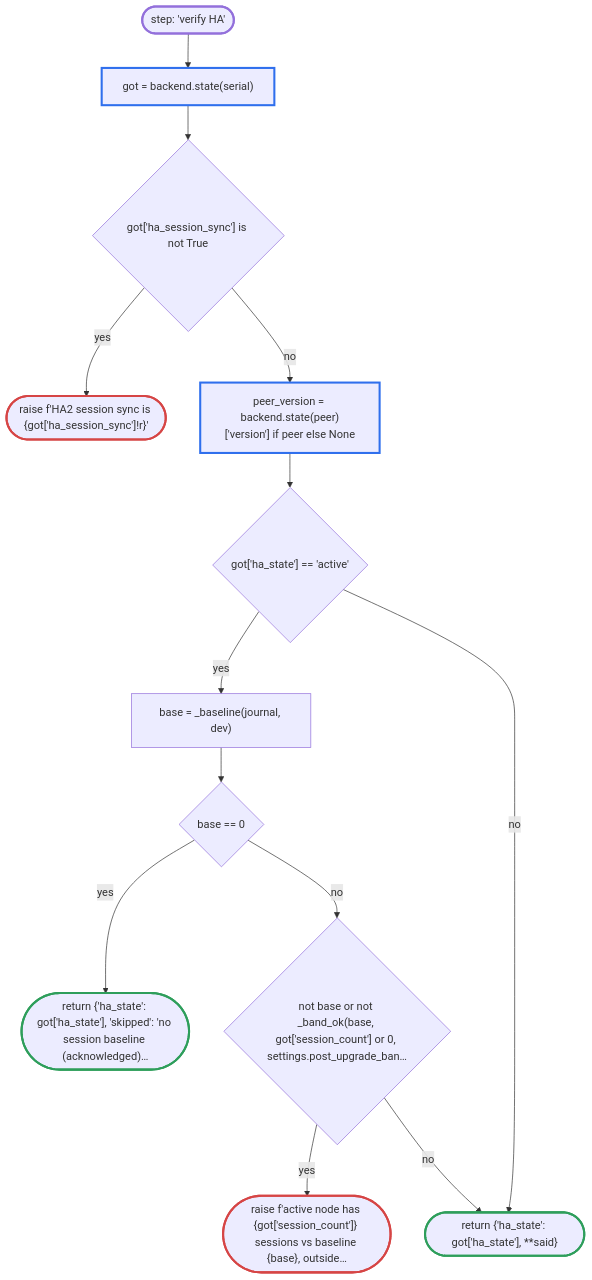
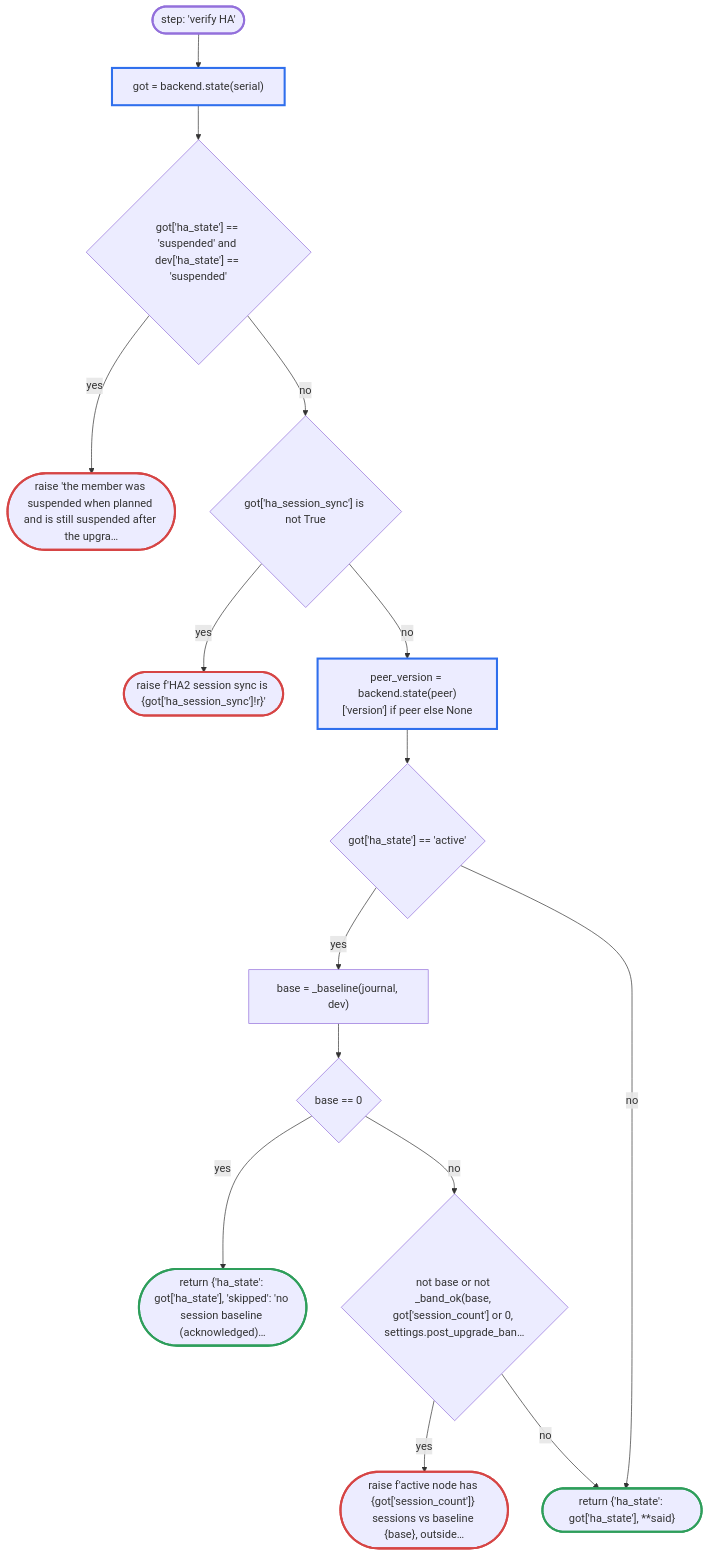
One commit to fettigcj/panUpgrade changed diagram 17 of 19 in docs/flow/upgrade.md. Above: the diagram before and after it, drawn with Mermaid. The commit also changed other lines of this file and 10 other files, not shown here.

First line of the commit message:
Upgrade a suspended HA member (upgrade_suspended, default true)

````diff
--- a/docs/flow/upgrade.md
+++ b/docs/flow/upgrade.md
@@ -599,39 +599,44 @@
 ```mermaid
 flowchart TD
     d11_1(["step: 'verify HA'"])
     d11_2["got = backend.state(serial)"]
-    d11_3{"got['ha_session_sync'] is not True"}
-    d11_4(["raise f'HA2 session sync is {got['ha_session_sync']!r}'"])
-    d11_5["peer_version = backend.state(peer)['version'] if peer else None"]
-    d11_6{"got['ha_state'] == 'active'"}
-    d11_7["base = _baseline(journal, dev)"]
-    d11_8{"base == 0"}
-    d11_9(["return {'ha_state': got['ha_state'], 'skipped': 'no session baseline (acknowledged)…"])
-    d11_10{"not base or not _band_ok(base, got['session_count'] or 0, settings.post_upgrade_ban…"}
-    d11_11(["raise f'active node has {got['session_count']} sessions vs baseline {base}, outside…"])
-    d11_12(["return {'ha_state': got['ha_state'], **said}"])
+    d11_3{"got['ha_state'] == 'suspended' and dev['ha_state'] == 'suspended'"}
+    d11_4(["raise 'the member was suspended when planned and is still suspended after the upgra…"])
+    d11_5{"got['ha_session_sync'] is not True"}
+    d11_6(["raise f'HA2 session sync is {got['ha_session_sync']!r}'"])
+    d11_7["peer_version = backend.state(peer)['version'] if peer else None"]
+    d11_8{"got['ha_state'] == 'active'"}
+    d11_9["base = _baseline(journal, dev)"]
+    d11_10{"base == 0"}
+    d11_11(["return {'ha_state': got['ha_state'], 'skipped': 'no session baseline (acknowledged)…"])
+    d11_12{"not base or not _band_ok(base, got['session_count'] or 0, settings.post_upgrade_ban…"}
+    d11_13(["raise f'active node has {got['session_count']} sessions vs baseline {base}, outside…"])
+    d11_14(["return {'ha_state': got['ha_state'], **said}"])
     d11_1 --> d11_2
     d11_2 --> d11_3
     d11_3 -->|yes| d11_4
     d11_3 -->|no| d11_5
-    d11_5 --> d11_6
-    d11_6 -->|yes| d11_7
+    d11_5 -->|yes| d11_6
+    d11_5 -->|no| d11_7
     d11_7 --> d11_8
     d11_8 -->|yes| d11_9
-    d11_8 -->|no| d11_10
+    d11_9 --> d11_10
     d11_10 -->|yes| d11_11
     d11_10 -->|no| d11_12
-    d11_6 -->|no| d11_12
+    d11_12 -->|yes| d11_13
+    d11_12 -->|no| d11_14
+    d11_8 -->|no| d11_14
     classDef api stroke:#2f6fed,stroke-width:3px
     classDef refuse stroke:#d64545,stroke-width:3px
     classDef done stroke:#2e9e5b,stroke-width:3px
     classDef step stroke:#e0a020,stroke-width:3px
     classDef entry stroke-width:3px
     class d11_1 entry
     class d11_2 api
     class d11_4 refuse
-    class d11_5 api
-    class d11_9 done
-    class d11_11 refuse
-    class d11_12 done
+    class d11_6 refuse
+    class d11_7 api
+    class d11_11 done
+    class d11_13 refuse
+    class d11_14 done
 ```
````
